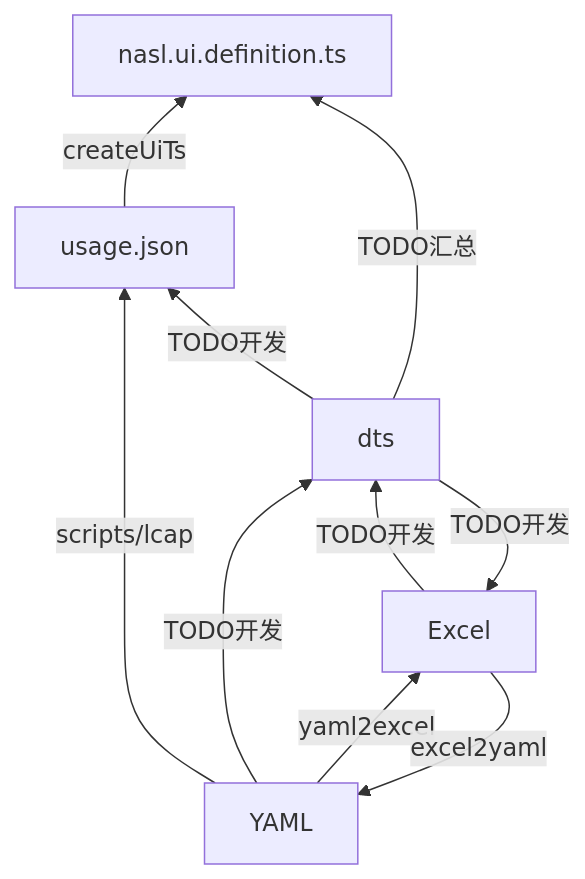
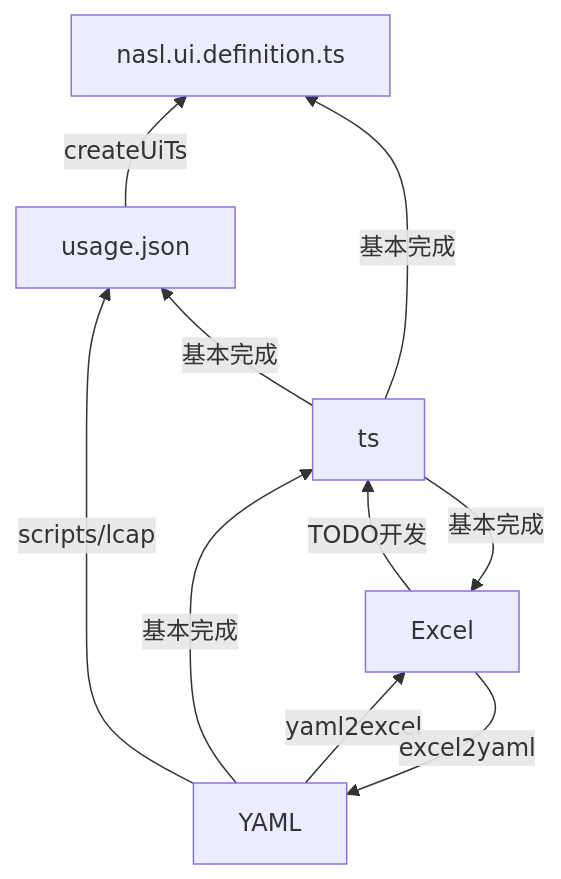
The diagram in README.md (netease-lcap/ui-libraries), drawn with Mermaid before and after one commit. The commit also changed other lines of this file and 18 other files, not shown here.

````diff
--- a/README.md
+++ b/README.md
@@ -7,12 +7,12 @@
 ```mermaid
 flowchart BT
     YAML -- yaml2excel --> Excel
     Excel -- excel2yaml --> YAML
-    YAML -- TODO开发 --> dts
+    YAML -- 基本完成 --> ts
     YAML -- scripts/lcap --> usage.json
-    Excel -- TODO开发 --> dts
-    dts -- TODO开发 --> Excel
-    dts -- TODO开发 --> usage.json
+    Excel -- TODO开发 --> ts
+    ts -- 基本完成 --> usage.json
+    ts -- 基本完成 --> Excel
     usage.json -- createUiTs --> nasl.ui.definition.ts
-    dts -- TODO汇总 --> nasl.ui.definition.ts
+    ts -- 基本完成 --> nasl.ui.definition.ts
 ```
````
